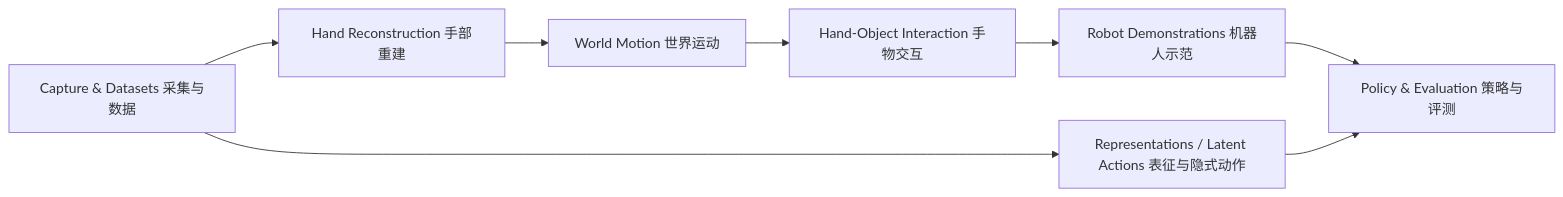
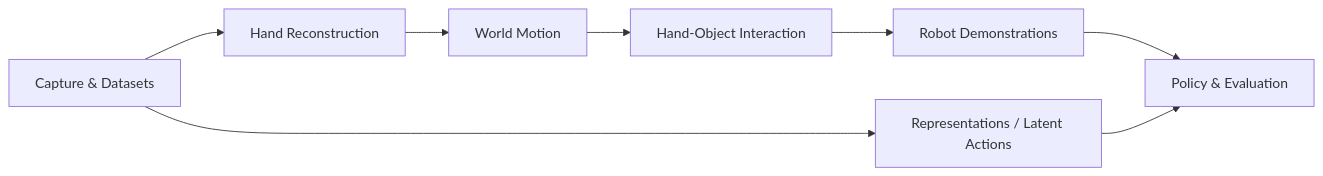
Before and after one commit to chang-xinhai/Awesome-Ego-Robotics: the diagram in README.md, drawn with Mermaid. The commit also changed other lines of this file and 79 other files, not shown here.

````diff
--- a/README.md
+++ b/README.md
@@ -100,10 +524,10 @@
 ```mermaid
 flowchart LR
-    A[Capture & Datasets 采集与数据] --> B[Hand Reconstruction 手部重建]
-    B --> C[World Motion 世界运动]
-    C --> D[Hand-Object Interaction 手物交互]
-    D --> E[Robot Demonstrations 机器人示范]
-    E --> F[Policy & Evaluation 策略与评测]
-    A --> G[Representations / Latent Actions 表征与隐式动作]
+    A[Capture & Datasets] --> B[Hand Reconstruction]
+    B --> C[World Motion]
+    C --> D[Hand-Object Interaction]
+    D --> E[Robot Demonstrations]
+    E --> F[Policy & Evaluation]
+    A --> G[Representations / Latent Actions]
     G --> F
 ```
````
